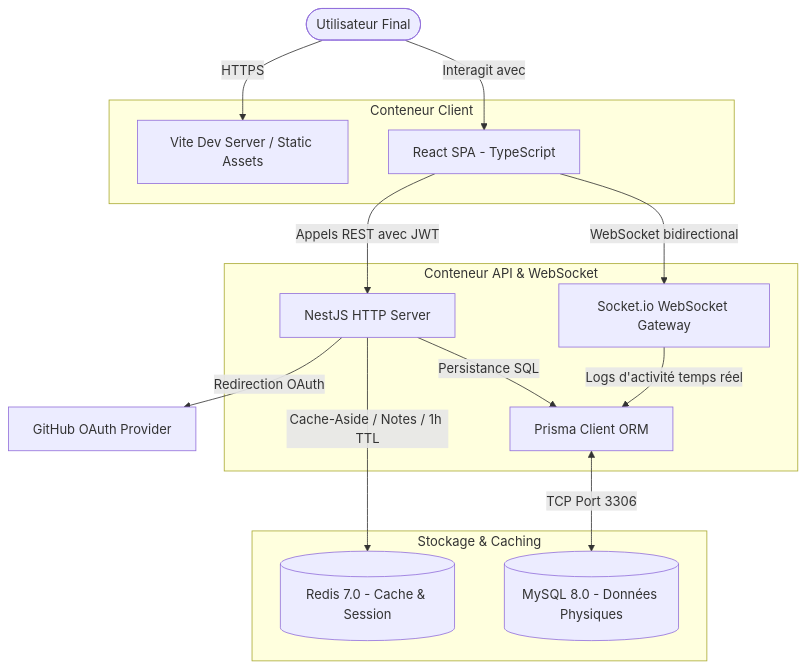
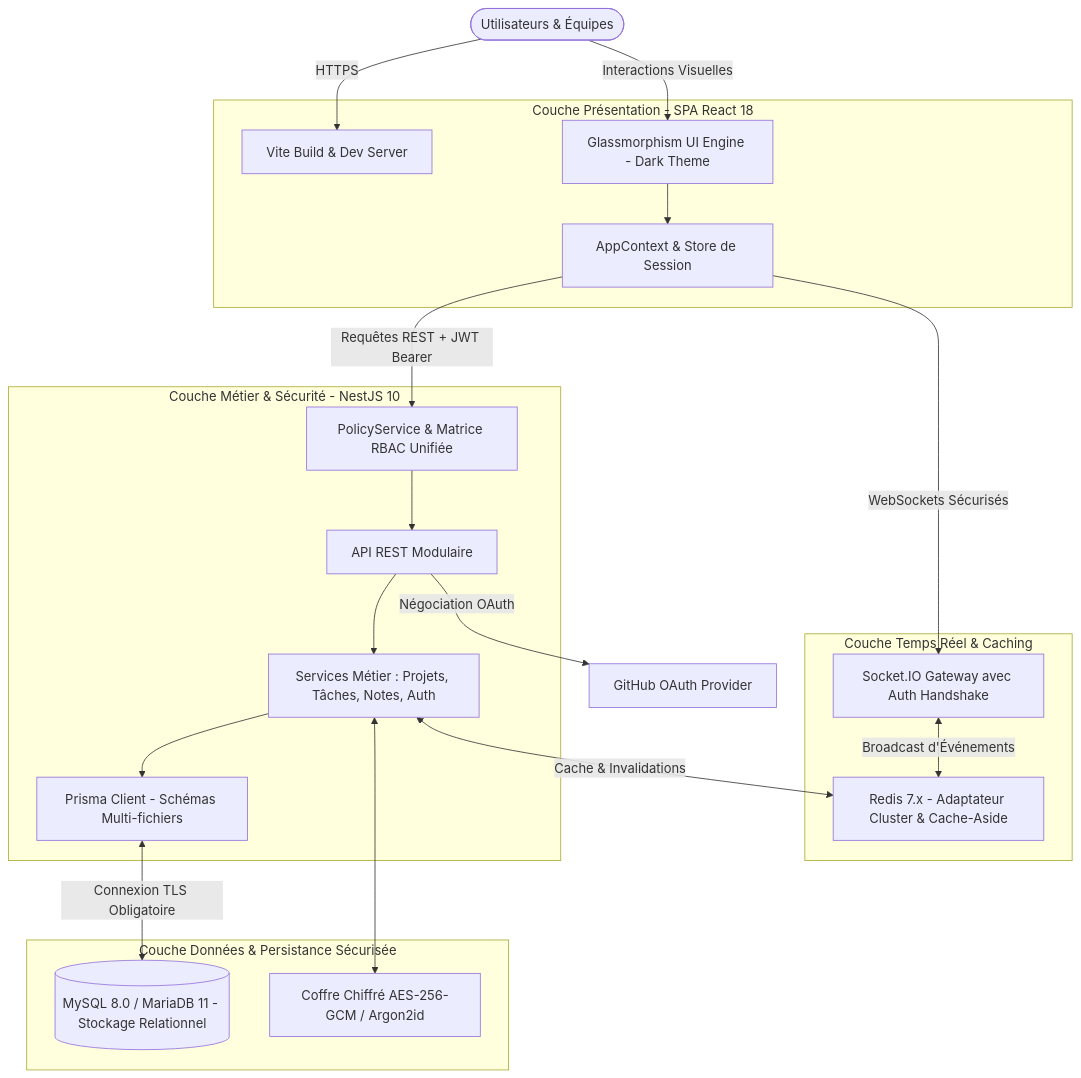
One commit to Gaetan5/planner-pro changed the diagram in README.md. Above: the diagram before and after it, drawn with Mermaid. The commit also changed other lines of this file and 1 other file, not shown here.

Commit message:
docs: update README.md and harden SCIM guard authentication

````diff
--- a/README.md
+++ b/README.md
@@ -22,31 +84,44 @@
 ```mermaid
 graph TD
-    User([Utilisateur Final])
+    User([Utilisateurs & Équipes])
     GitHub[GitHub OAuth Provider]
 
-    subgraph ClientContainer [Conteneur Client]
-        Vite[Vite Dev Server / Static Assets]
-        ReactApp[React SPA - TypeScript]
+    subgraph PresentationLayer [Couche Présentation - SPA React 18]
+        Vite[Vite Build & Dev Server]
+        UI[Glassmorphism UI Engine - Dark Theme]
+        Context[AppContext & Store de Session]
     end
 
-    subgraph BackendContainer [Conteneur API & WebSocket]
-        NestAPI[NestJS HTTP Server]
-        WSHub[Socket.io WebSocket Gateway]
-        PrismaClient[Prisma Client ORM]
+    subgraph RealtimeLayer [Couche Temps Réel & Caching]
+        WSHub[Socket.IO Gateway avec Auth Handshake]
+        RedisPubSub[Redis 7.x - Adaptateur Cluster & Cache-Aside]
     end
 
-    subgraph StorageContainer [Stockage & Caching]
-        RedisCache[(Redis 7.0 - Cache & Session)]
-        MySQLDB[(MySQL 8.0 - Données Physiques)]
+    subgraph BackendLayer [Couche Métier & Sécurité - NestJS 10]
+        PolicyGuard[PolicyService & Matrice RBAC Unifiée]
+        Controllers[API REST Modulaire]
+        CoreServices[Services Métier : Projets, Tâches, Notes, Auth]
+        PrismaORM[Prisma Client - Schémas Multi-fichiers]
+    end
+
+    subgraph DataLayer [Couche Données & Persistance Sécurisée]
+        MySQL[(MySQL 8.0 / MariaDB 11 - Stockage Relationnel)]
+        EncryptedVault[Coffre Chiffré AES-256-GCM / Argon2id]
     end
 
     User -->|HTTPS| Vite
-    User -->|Interagit avec| ReactApp
-    ReactApp -->|Appels REST avec JWT| NestAPI
-    ReactApp -->|WebSocket bidirectional| WSHub
-    NestAPI -->|Redirection OAuth| GitHub
-    NestAPI -->|Cache-Aside / Notes / 1h TTL| RedisCache
-    NestAPI -->|Persistance SQL| PrismaClient
-    WSHub -->|Logs d'activité temps réel| PrismaClient
-    PrismaClient <-->|TCP Port 3306| MySQLDB
+    User -->|Interactions Visuelles| UI
+    UI --> Context
+    Context -->|Requêtes REST + JWT Bearer| PolicyGuard
+    Context -->|WebSockets Sécurisés| WSHub
+
+    PolicyGuard --> Controllers
+    Controllers --> CoreServices
+    CoreServices --> PrismaORM
+    CoreServices <-->|Cache & Invalidations| RedisPubSub
+    WSHub <-->|Broadcast d'Événements| RedisPubSub
+
+    PrismaORM <-->|Connexion TLS Obligatoire| MySQL
+    CoreServices <--> EncryptedVault
+    Controllers -->|Négociation OAuth| GitHub
 ```
````
